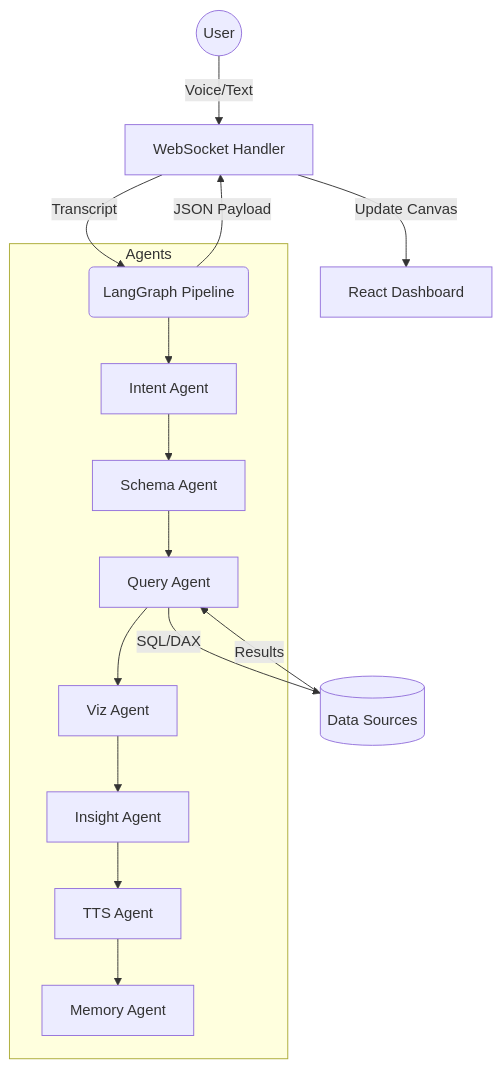
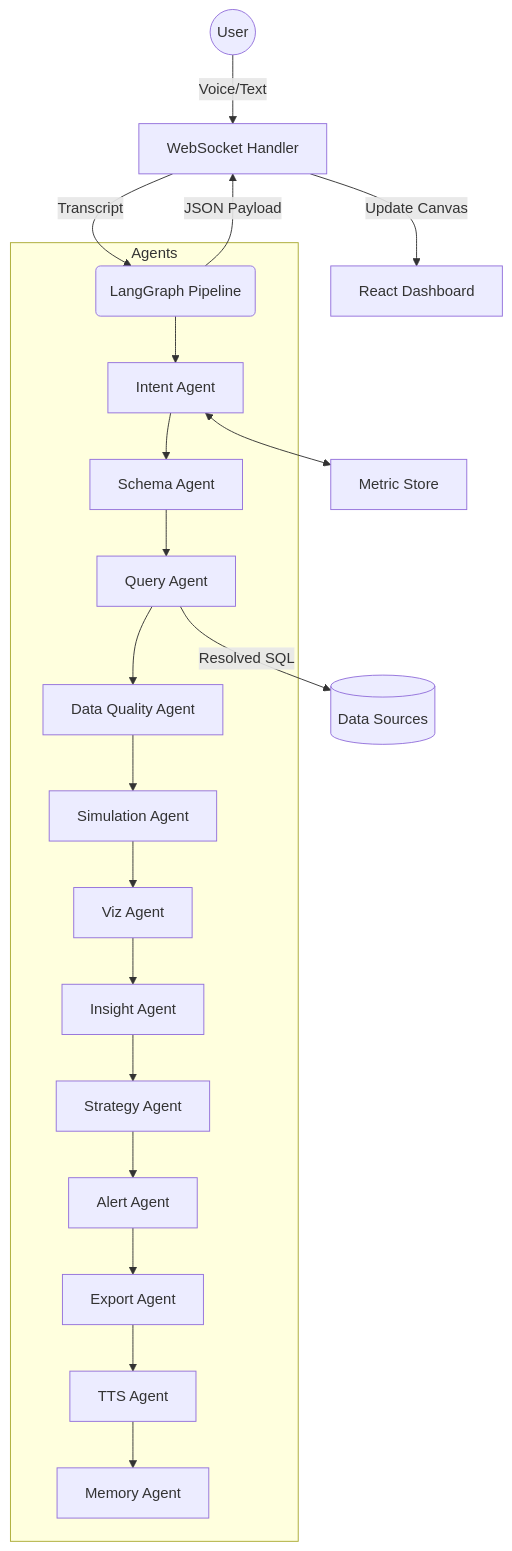
The diagram in README.md (Vishesh193/Talking-BI), drawn with Mermaid before and after one commit. The commit also changed other lines of this file and 50 other files, not shown here.

````diff
--- a/README.md
+++ b/README.md
@@ -56,21 +24,26 @@
 ```mermaid
 graph TD
     User((User)) -->|Voice/Text| WS[WebSocket Handler]
     WS -->|Transcript| Pipe(LangGraph Pipeline)
     
     subgraph Agents
         Pipe --> Intent[Intent Agent]
         Intent --> Schema[Schema Agent]
         Schema --> Query[Query Agent]
-        Query --> Viz[Viz Agent]
+        Query --> Quality[Data Quality Agent]
+        Quality --> Simulate[Simulation Agent]
+        Simulate --> Viz[Viz Agent]
         Viz --> Insight[Insight Agent]
-        Insight --> TTS[TTS Agent]
+        Insight --> Strategy[Strategy Agent]
+        Strategy --> Alerts[Alert Agent]
+        Alerts --> Export[Export Agent]
+        Export --> TTS[TTS Agent]
         TTS --> Memory[Memory Agent]
     end
     
-    Query -->|SQL/DAX| DB[(Data Sources)]
-    DB -->|Results| Query
+    Query -->|Resolved SQL| DB[(Data Sources)]
+    Intent <--> Metric[Metric Store]
     
     Pipe -->|JSON Payload| WS
     WS -->|Update Canvas| UI[React Dashboard]
 ```
````
